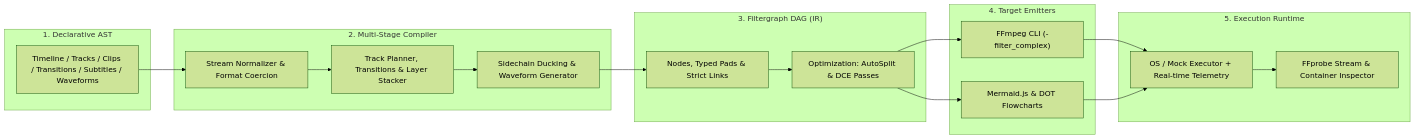
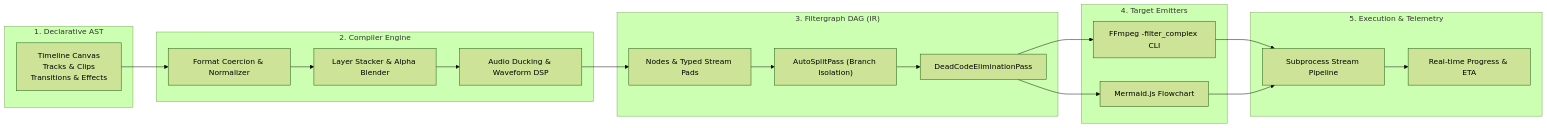
One commit to farshidrezaei/vidonex changed the diagram in README.md. Above: the diagram before and after it, drawn with Mermaid (forest theme). The commit also changed other lines of this file and 35 other files, not shown here.

````diff
--- a/README.md
+++ b/README.md
@@ -238,29 +230,30 @@
 ```mermaid
 graph LR
-    subgraph TimelineAST["1. Declarative AST"]
-        TL["Timeline / Tracks / Clips / Transitions / Subtitles / Waveforms"]
+    subgraph AST["1. Declarative AST"]
+        TL["Timeline Canvas<br/>Tracks & Clips<br/>Transitions & Effects"]
     end
 
-    subgraph Compiler["2. Multi-Stage Compiler"]
-        Norm["Stream Normalizer & Format Coercion"]
-        Plan["Track Planner, Transitions & Layer Stacker"]
-        Duck["Sidechain Ducking & Waveform Generator"]
+    subgraph Compiler["2. Compiler Engine"]
+        Norm["Format Coercion & Normalizer"]
+        Stack["Layer Stacker & Alpha Blender"]
+        Audio["Audio Ducking & Waveform DSP"]
     end
 
     subgraph IR["3. Filtergraph DAG (IR)"]
-        DAG["Nodes, Typed Pads & Strict Links"]
-        Passes["Optimization: AutoSplit & DCE Passes"]
+        DAG["Nodes & Typed Stream Pads"]
+        Pass1["AutoSplitPass (Branch Isolation)"]
+        Pass2["DeadCodeEliminationPass"]
     end
 
-    subgraph Backends["4. Target Emitters"]
-        CLI["FFmpeg CLI (-filter_complex)"]
-        Mermaid["Mermaid.js & DOT Flowcharts"]
+    subgraph Emitter["4. Target Emitters"]
+        CLI["FFmpeg -filter_complex CLI"]
+        MMD["Mermaid.js Flowchart"]
     end
 
-    subgraph Runtime["5. Execution Runtime"]
-        Exec["OS / Mock Executor + Real-time Telemetry"]
-        Probe["FFprobe Stream & Container Inspector"]
+    subgraph Exec["5. Execution & Telemetry"]
+        Runner["Subprocess Stream Pipeline"]
+        Progress["Real-time Progress & ETA"]
     end
 
-    TL --> Norm --> Plan --> Duck --> DAG --> Passes --> CLI & Mermaid --> Exec --> Probe
+    TL --> Norm --> Stack --> Audio --> DAG --> Pass1 --> Pass2 --> CLI & MMD --> Runner --> Progress
 ```
````
